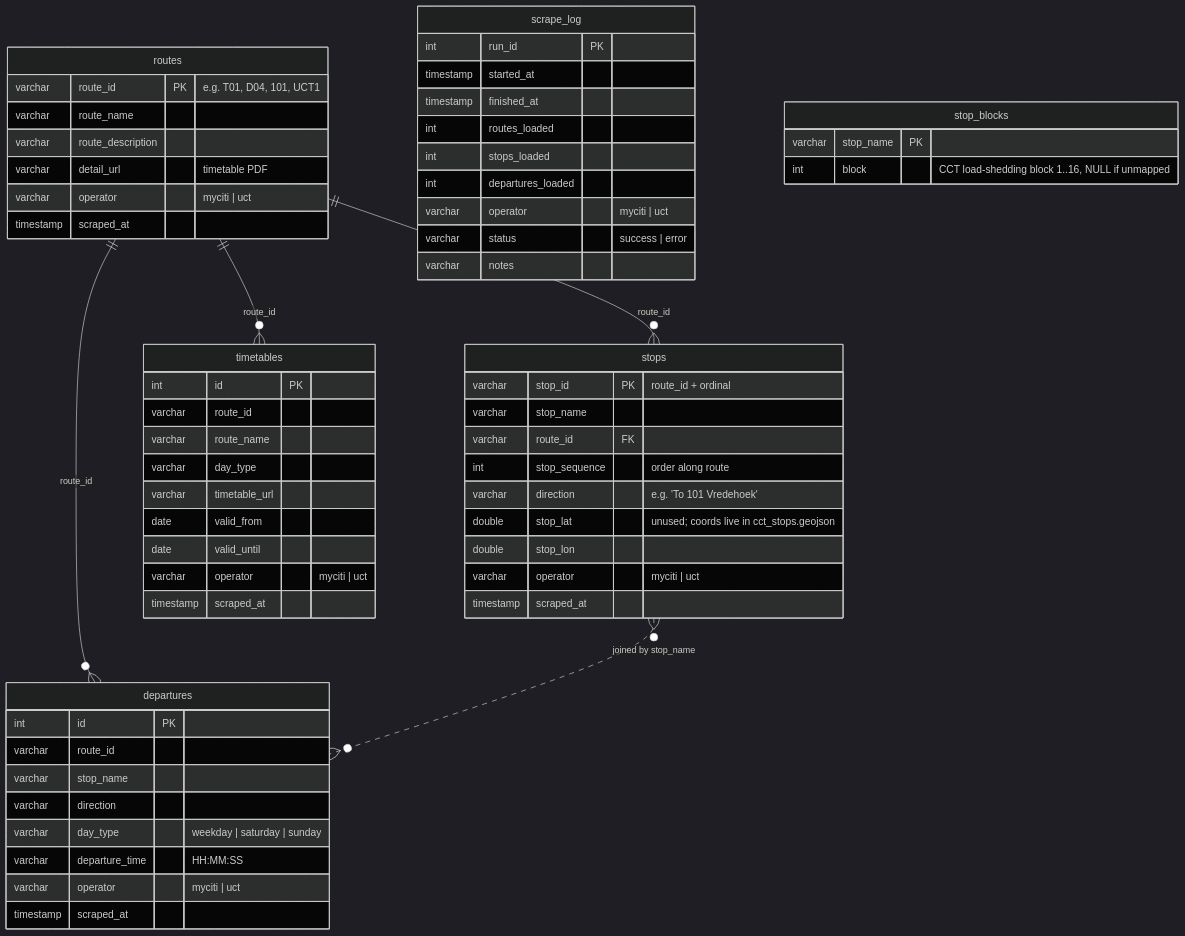
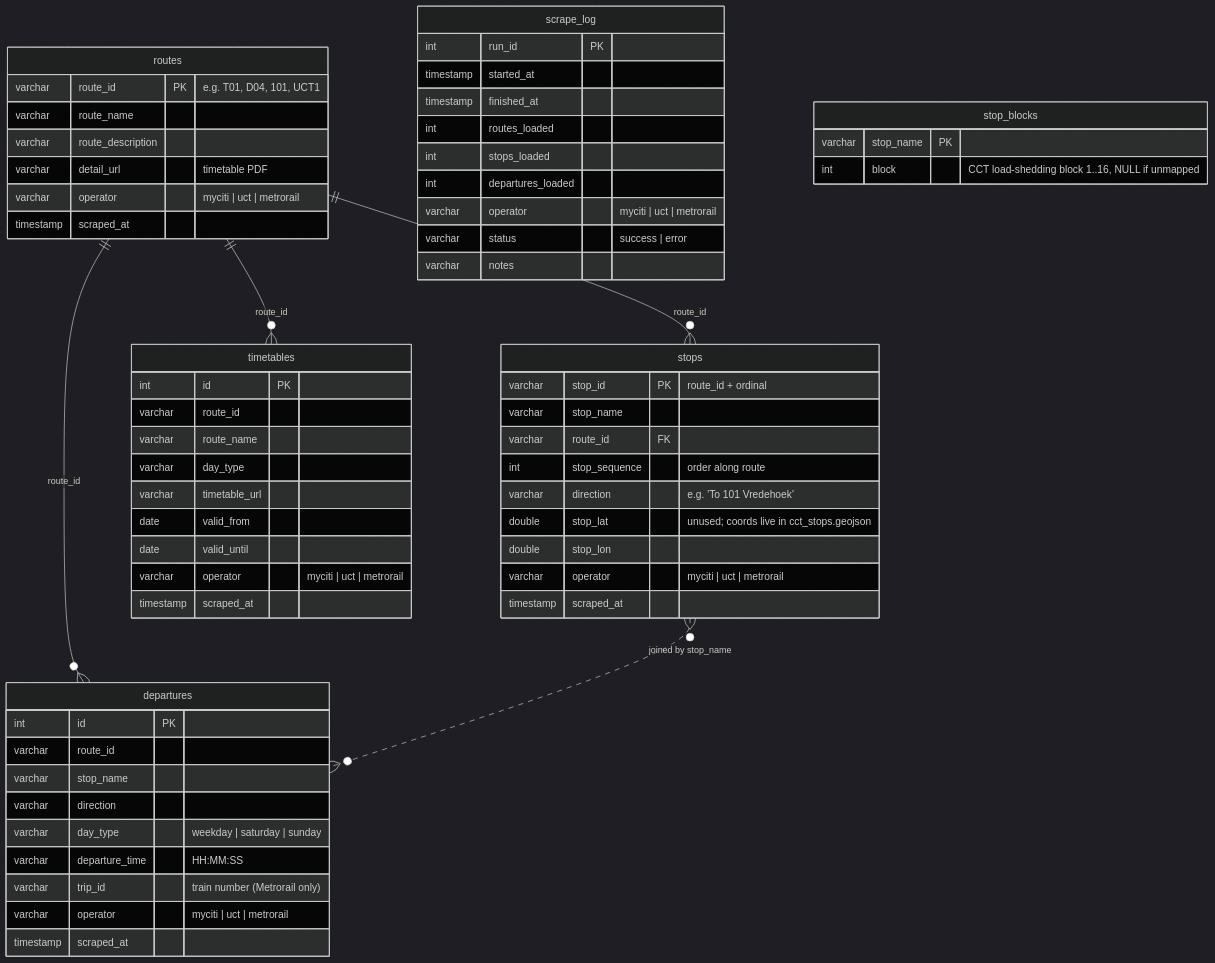
The diagram in README.md (Vambane/mycity-bus-schedule), drawn with Mermaid (dark theme) before and after one commit. The commit also changed other lines of this file and 39 other files, not shown here.

````diff
--- a/README.md
+++ b/README.md
@@ -122,63 +127,64 @@
 ```mermaid
 erDiagram
     routes ||--o{ stops : "route_id"
     routes ||--o{ departures : "route_id"
     routes ||--o{ timetables : "route_id"
     stops }o..o{ departures : "joined by stop_name"
 
     routes {
         varchar route_id PK "e.g. T01, D04, 101, UCT1"
         varchar route_name
         varchar route_description
         varchar detail_url "timetable PDF"
-        varchar operator "myciti | uct"
+        varchar operator "myciti | uct | metrorail"
         timestamp scraped_at
     }
     stops {
         varchar stop_id PK "route_id + ordinal"
         varchar stop_name
         varchar route_id FK
         int stop_sequence "order along route"
         varchar direction "e.g. 'To 101 Vredehoek'"
         double stop_lat "unused; coords live in cct_stops.geojson"
         double stop_lon
-        varchar operator "myciti | uct"
+        varchar operator "myciti | uct | metrorail"
         timestamp scraped_at
     }
     departures {
         int id PK
         varchar route_id
         varchar stop_name
         varchar direction
         varchar day_type "weekday | saturday | sunday"
         varchar departure_time "HH:MM:SS"
-        varchar operator "myciti | uct"
+        varchar trip_id "train number (Metrorail only)"
+        varchar operator "myciti | uct | metrorail"
         timestamp scraped_at
     }
     timetables {
         int id PK
         varchar route_id
         varchar route_name
         varchar day_type
         varchar timetable_url
         date valid_from
         date valid_until
-        varchar operator "myciti | uct"
+        varchar operator "myciti | uct | metrorail"
         timestamp scraped_at
     }
     scrape_log {
         int run_id PK
         timestamp started_at
         timestamp finished_at
         int routes_loaded
         int stops_loaded
         int departures_loaded
-        varchar operator "myciti | uct"
+        varchar operator "myciti | uct | metrorail"
         varchar status "success | error"
         varchar notes
     }
     stop_blocks {
         varchar stop_name PK
         int block "CCT load-shedding block 1..16, NULL if unmapped"
     }
 ```
````
